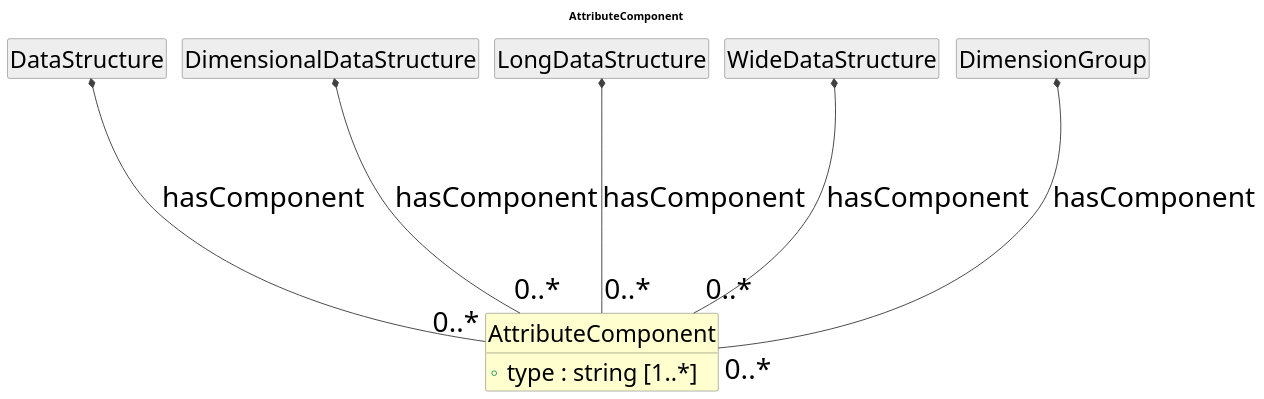
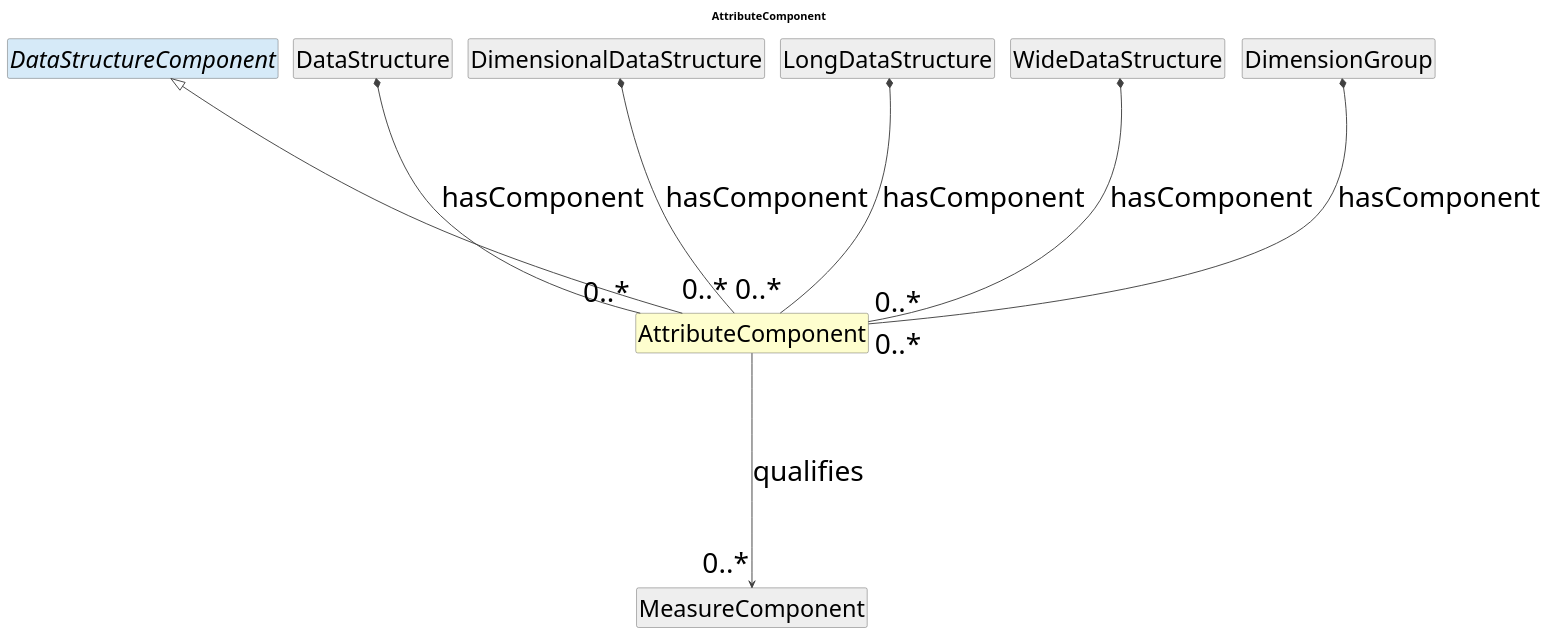
Before and after one commit to Cross-Domain-Interoperability-Framework/metadataBuildingBlocks: the diagram in cdif-uml-model/DiscoveryDataDescriptionStructure/Classes/AttributeComponent.pu, drawn with PlantUML. The commit also changed 500 other files, not shown here.

First line of the commit message:
Regenerate model browser for restored DataStructure content

```diff
--- a/cdif-uml-model/DiscoveryDataDescriptionStructure/Classes/AttributeComponent.pu
+++ b/cdif-uml-model/DiscoveryDataDescriptionStructure/Classes/AttributeComponent.pu
@@ -1,31 +1,33 @@
 @startuml
 title AttributeComponent
 hide circle
 hide empty members
 skinparam shadowing false
 skinparam ArrowThickness 1.2
 skinparam ranksep 250
 skinparam nodesep 20
 skinparam defaultFontSize 36
 skinparam class {
   ArrowColor #404040
   BorderColor #404040
   FontSize 36
   AttributeFontSize 30
 }
 
-class "AttributeComponent" as AttributeComponent #FEFECE {
-  +type : string [1..*]
-}
+class "AttributeComponent" as AttributeComponent #FEFECE
+abstract class "DataStructureComponent" as DataStructureComponent #D6EAF8
+DataStructureComponent <|-- AttributeComponent
 class "DataStructure" as DataStructure #EEEEEE
 DataStructure *-- "0..*" AttributeComponent : hasComponent
 class "DimensionalDataStructure" as DimensionalDataStructure #EEEEEE
 DimensionalDataStructure *-- "0..*" AttributeComponent : hasComponent
 class "LongDataStructure" as LongDataStructure #EEEEEE
 LongDataStructure *-- "0..*" AttributeComponent : hasComponent
 class "WideDataStructure" as WideDataStructure #EEEEEE
 WideDataStructure *-- "0..*" AttributeComponent : hasComponent
 class "DimensionGroup" as DimensionGroup #EEEEEE
 DimensionGroup *-- "0..*" AttributeComponent : hasComponent
+class "MeasureComponent" as MeasureComponent #EEEEEE
+AttributeComponent --> "0..*" MeasureComponent : qualifies
 
 @enduml
```
